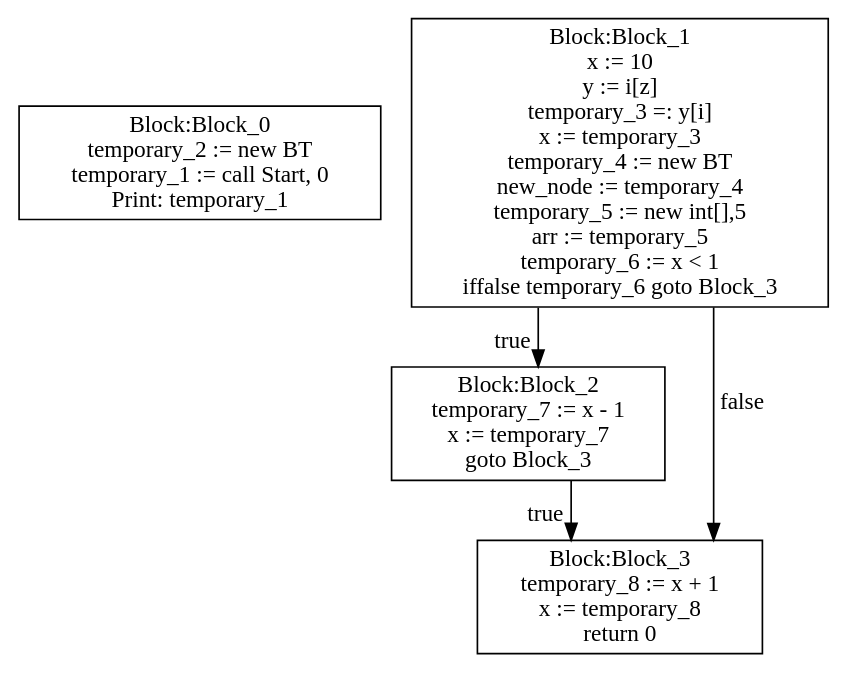
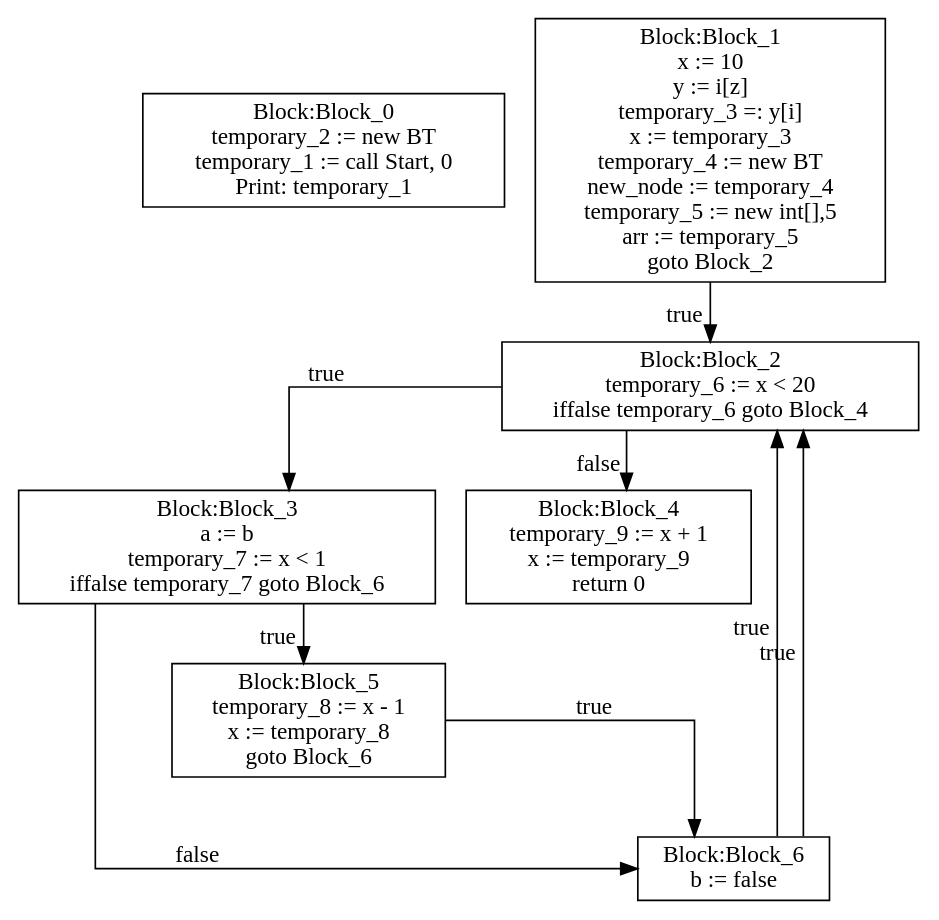
The diagram in lab3/CFG-tree.dot (moondog-matthew/compiler-dv1655), drawn with Graphviz before and after one commit. The commit also changed 3 other files, not shown here.

```diff
--- a/lab3/CFG-tree.dot
+++ b/lab3/CFG-tree.dot
@@ -1,34 +1,45 @@
 digraph {
 graph [ splines = ortho ]
 	node [ shape = box ];
 Block_0 [label="Block:Block_0
 temporary_2 := new BT
 temporary_1 := call Start, 0
 Print: temporary_1"];
 Block_1 [label="Block:Block_1
 x := 10
 y := i[z]
 temporary_3 =: y[i]
 x := temporary_3
 temporary_4 := new BT
 new_node := temporary_4
 temporary_5 := new int[],5
 arr := temporary_5
-temporary_6 := x < 1
-iffalse temporary_6 goto Block_3"];
+goto Block_2"];
 Block_1 -> Block_2 [xlabel = "true"]
 Block_2 [label="Block:Block_2
-temporary_7 := x - 1
-x := temporary_7
-goto Block_3"];
+temporary_6 := x < 20
+iffalse temporary_6 goto Block_4"];
 Block_2 -> Block_3 [xlabel = "true"]
 Block_3 [label="Block:Block_3
-temporary_8 := x + 1
+a := b
+temporary_7 := x < 1
+iffalse temporary_7 goto Block_6"];
+Block_3 -> Block_5 [xlabel = "true"]
+Block_5 [label="Block:Block_5
+temporary_8 := x - 1
 x := temporary_8
-return 0"];
-Block_1 -> Block_3 [xlabel = "false"]
-Block_3 [label="Block:Block_3
-temporary_8 := x + 1
-x := temporary_8
+goto Block_6"];
+Block_5 -> Block_6 [xlabel = "true"]
+Block_6 [label="Block:Block_6
+b := false"];
+Block_6 -> Block_2 [xlabel = "true"]
+Block_3 -> Block_6 [xlabel = "false"]
+Block_6 [label="Block:Block_6
+b := false"];
+Block_6 -> Block_2 [xlabel = "true"]
+Block_2 -> Block_4 [xlabel = "false"]
+Block_4 [label="Block:Block_4
+temporary_9 := x + 1
+x := temporary_9
 return 0"];
 }
```
